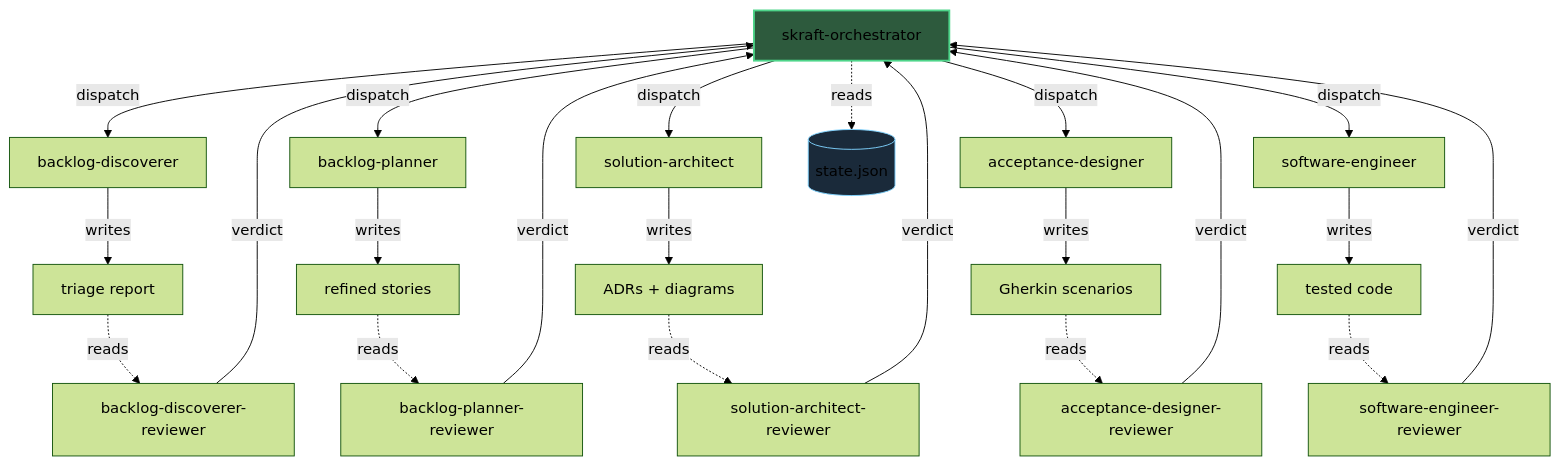
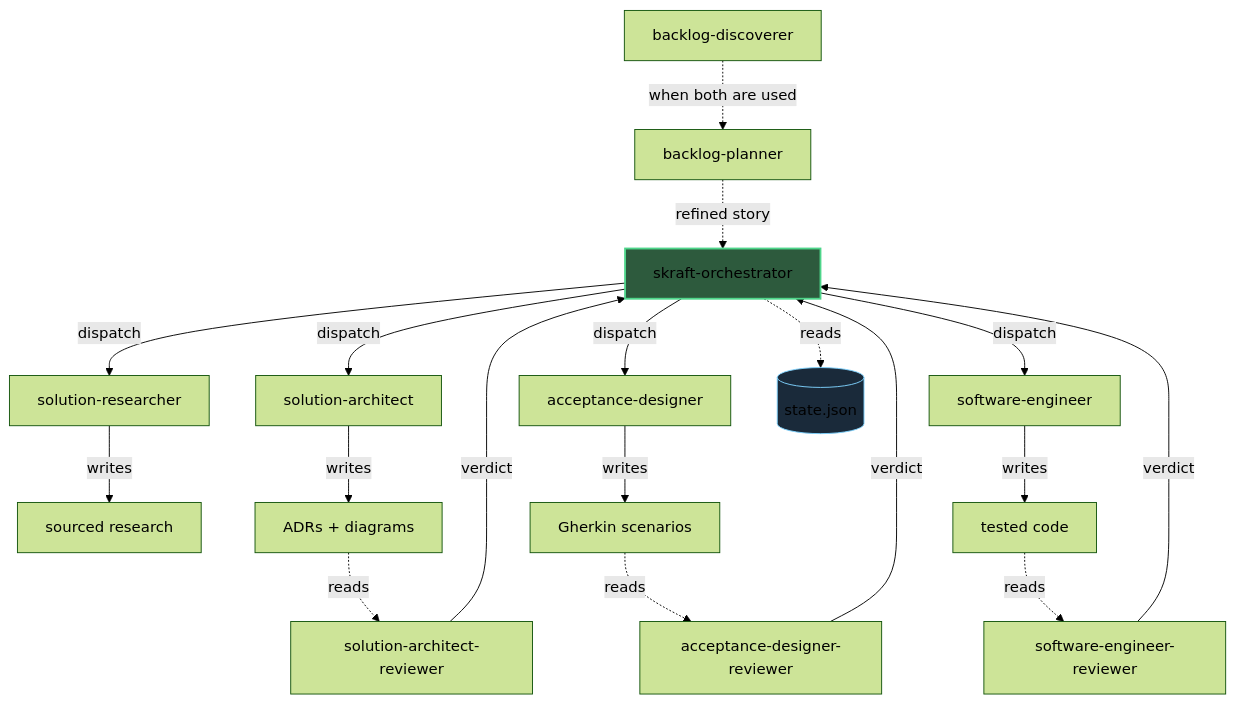
Before and after one commit to SebastienDegodez/skraft-plugin: the diagram in docs/site/en/explanation/architecture.md, drawn with Mermaid (forest theme). The commit also changed other lines of this file and 12 other files, not shown here.

````diff
--- a/docs/site/en/explanation/architecture.md
+++ b/docs/site/en/explanation/architecture.md
@@ -21,31 +23,27 @@
 ```mermaid
 graph TB
-    O[skraft-orchestrator] -->|dispatch| BD[backlog-discoverer]
-    O -->|dispatch| BP[backlog-planner]
+    BD[backlog-discoverer] -.->|when both are used| BP[backlog-planner]
+    BP -.->|refined story| O[skraft-orchestrator]
+    O -->|dispatch| SR[solution-researcher]
     O -->|dispatch| SA[solution-architect]
     O -->|dispatch| AD[acceptance-designer]
     O -->|dispatch| SE[software-engineer]
     
-    BD -->|writes| A1[triage report]
-    BP -->|writes| A2[refined stories]
+    SR -->|writes| A0[sourced research]
     SA -->|writes| A3[ADRs + diagrams]
     AD -->|writes| A4[Gherkin scenarios]
     SE -->|writes| A5[tested code]
     
-    A1 -.->|reads| BDR[backlog-discoverer-reviewer]
-    A2 -.->|reads| BPR[backlog-planner-reviewer]
     A3 -.->|reads| SAR[solution-architect-reviewer]
     A4 -.->|reads| ADR[acceptance-designer-reviewer]
     A5 -.->|reads| SER[software-engineer-reviewer]
     
-    BDR -->|verdict| O
-    BPR -->|verdict| O
     SAR -->|verdict| O
     ADR -->|verdict| O
     SER -->|verdict| O
     
     O -.->|reads| S[(state.json)]
     
     style O fill:#2d5a3d,stroke:#4ed58a,stroke-width:2px
     style S fill:#1a2a3a,stroke:#7fd3ff
 ```
````
